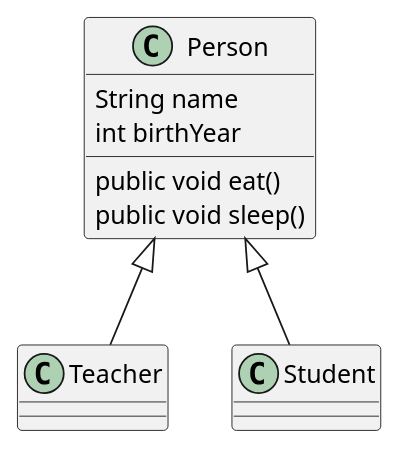
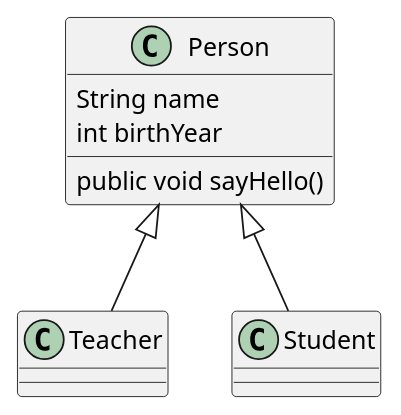
The diagram in oop/inherit.md (lyhcode/oosad), drawn with PlantUML before and after one commit. The commit also changed 11 other files, not shown here.

````diff
--- a/oop/inherit.md
+++ b/oop/inherit.md
@@ -5,14 +5,13 @@
 ```uml
 @startuml
 Class Person {
     String name
     int birthYear
 
-    public void eat()
-    public void sleep()
+    public void sayHello()
 }
 
 Person <|-- Teacher
 Person <|-- Student
 @enduml
 ```
````
